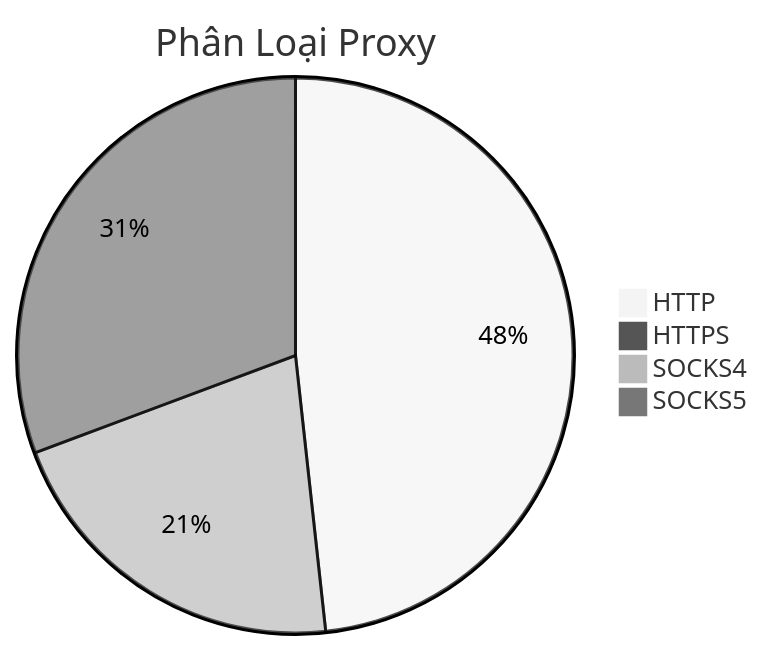
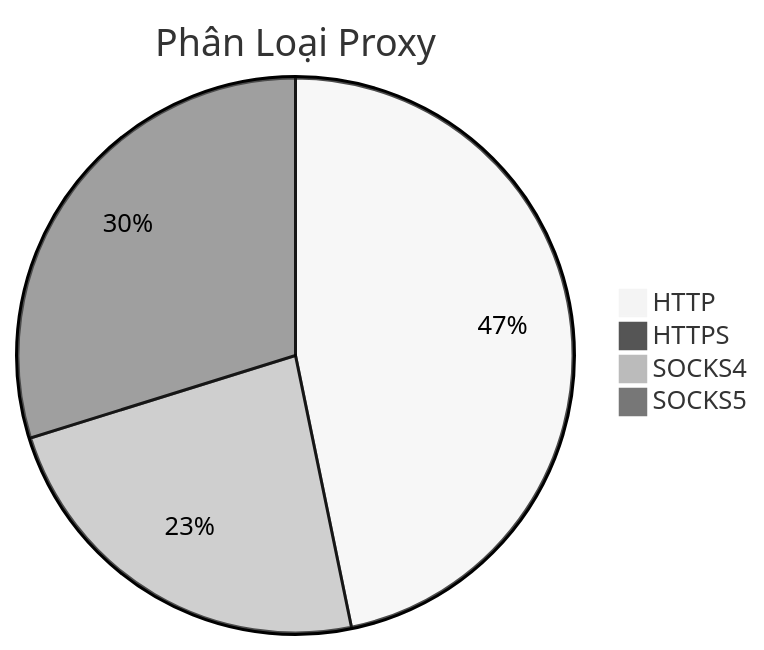
Before and after one commit to Ciara-12/PROXY-free: the diagram in README.md, drawn with Mermaid (neutral theme). The commit also changed other lines of this file and 4 other files, not shown here.

````diff
--- a/README.md
+++ b/README.md
@@ -26,7 +26,7 @@
 ```mermaid
 pie title Phân Loại Proxy
-    "HTTP" : 486
-    "HTTPS" : 1
-    "SOCKS4" : 212
-    "SOCKS5" : 309
+    "HTTP" : 499
+    "HTTPS" : 0
+    "SOCKS4" : 250
+    "SOCKS5" : 318
 ```
````
